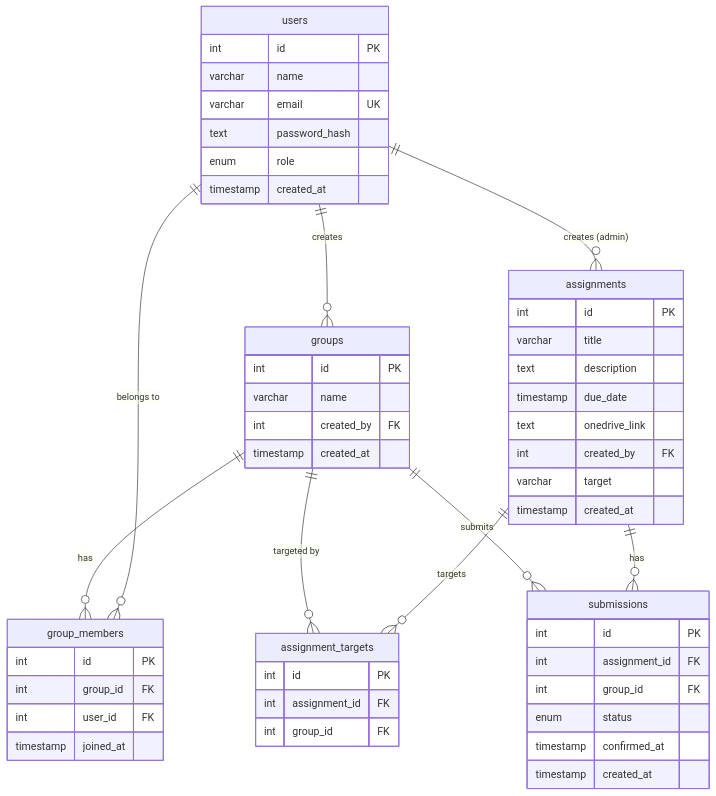
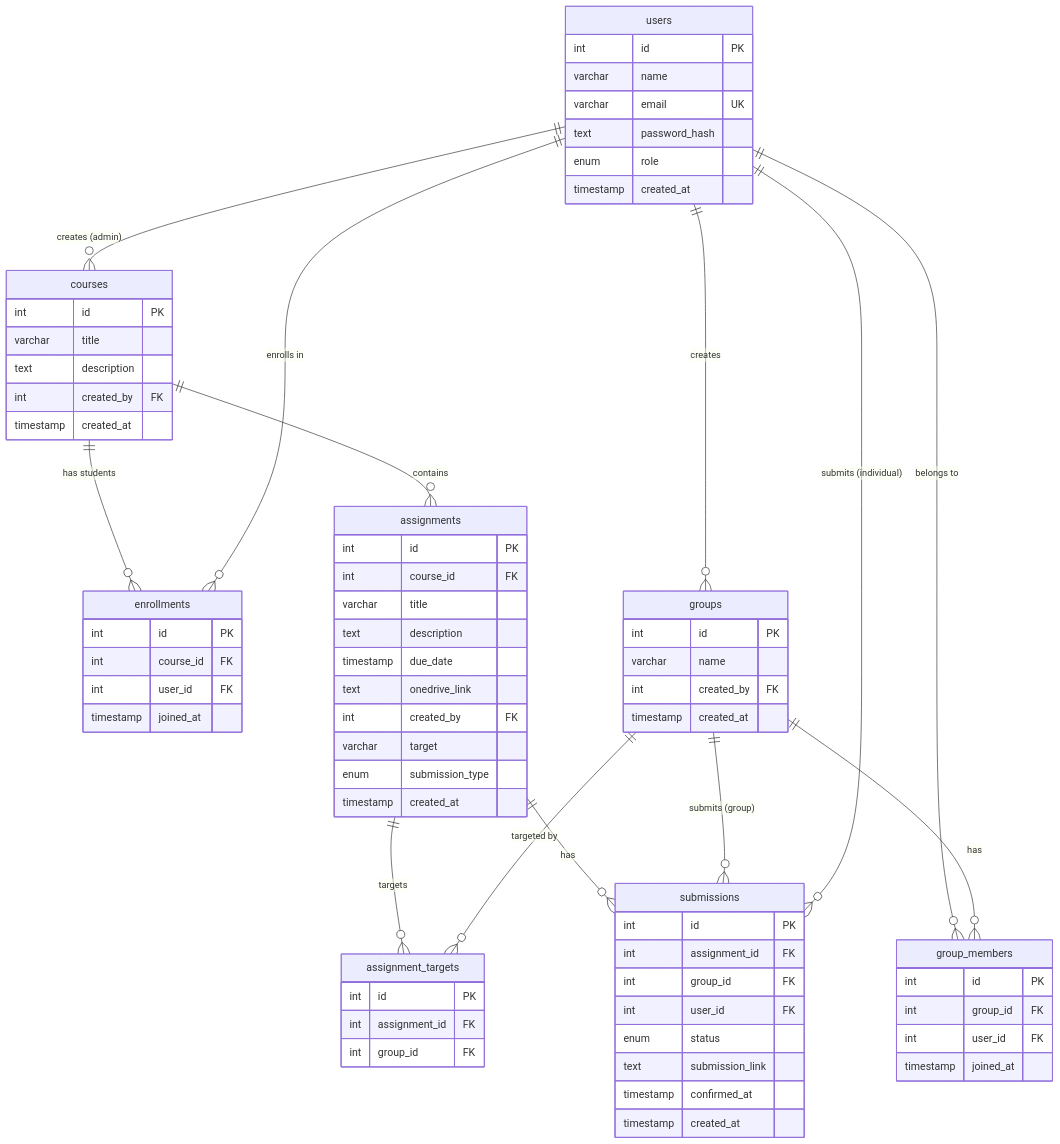
The diagram in README.md (VinayaKadate/Joineazy-task1), drawn with Mermaid before and after one commit. The commit also changed other lines of this file and 7 other files, not shown here.

````diff
--- a/README.md
+++ b/README.md
@@ -91,6 +91,21 @@
         text    password_hash
         enum    role
         timestamp created_at
+    }
+
+    courses {
+        int     id           PK
+        varchar title
+        text    description
+        int     created_by   FK
+        timestamp created_at
+    }
+
+    enrollments {
+        int     id           PK
+        int     course_id    FK
+        int     user_id      FK
+        timestamp joined_at
     }
 
     groups {
@@ -108,13 +123,15 @@
     }
 
     assignments {
-        int     id           PK
+        int     id              PK
+        int     course_id       FK
         varchar title
         text    description
         timestamp due_date
         text    onedrive_link
-        int     created_by   FK
+        int     created_by      FK
         varchar target
+        enum    submission_type
         timestamp created_at
     }
 
@@ -128,17 +145,23 @@
         int     id            PK
         int     assignment_id FK
         int     group_id      FK
+        int     user_id       FK
         enum    status
+        text    submission_link
         timestamp confirmed_at
         timestamp created_at
     }
 
+    users        ||--o{ courses           : "creates (admin)"
+    courses      ||--o{ enrollments       : "has students"
+    users        ||--o{ enrollments       : "enrolls in"
     users        ||--o{ groups            : "creates"
     users        ||--o{ group_members     : "belongs to"
     groups       ||--o{ group_members     : "has"
-    users        ||--o{ assignments       : "creates (admin)"
+    courses      ||--o{ assignments       : "contains"
     assignments  ||--o{ assignment_targets : "targets"
     groups       ||--o{ assignment_targets : "targeted by"
     assignments  ||--o{ submissions       : "has"
-    groups       ||--o{ submissions       : "submits"
+    groups       ||--o{ submissions       : "submits (group)"
+    users        ||--o{ submissions       : "submits (individual)"
 ```
````
